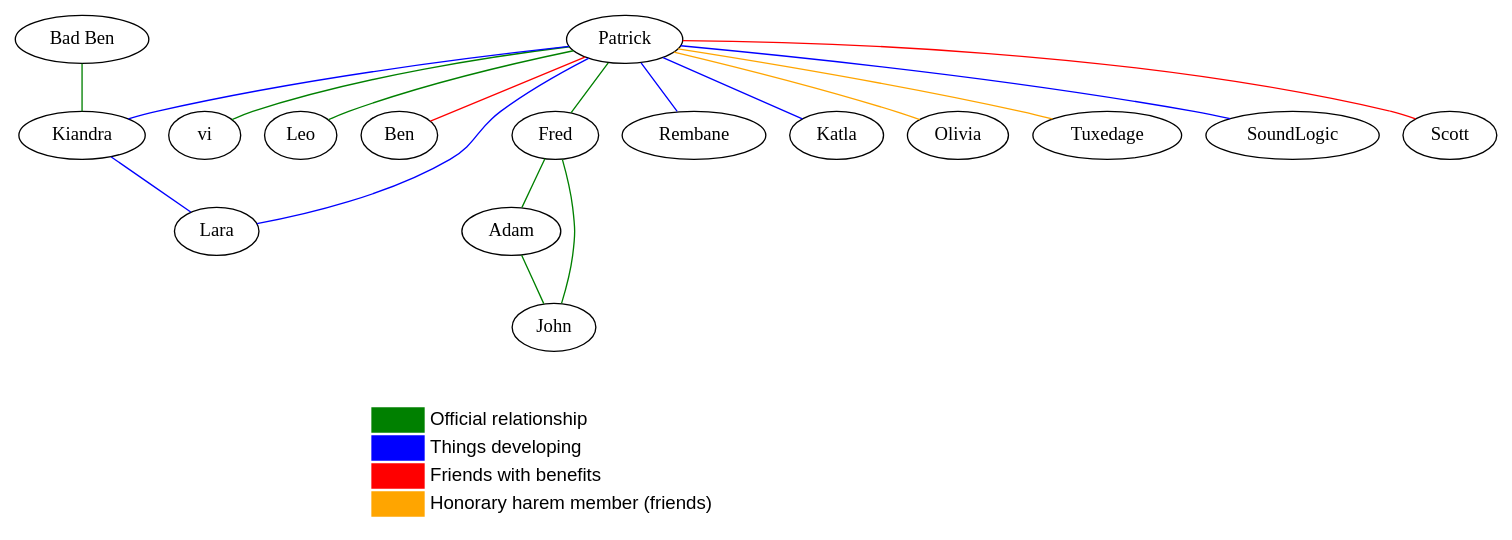
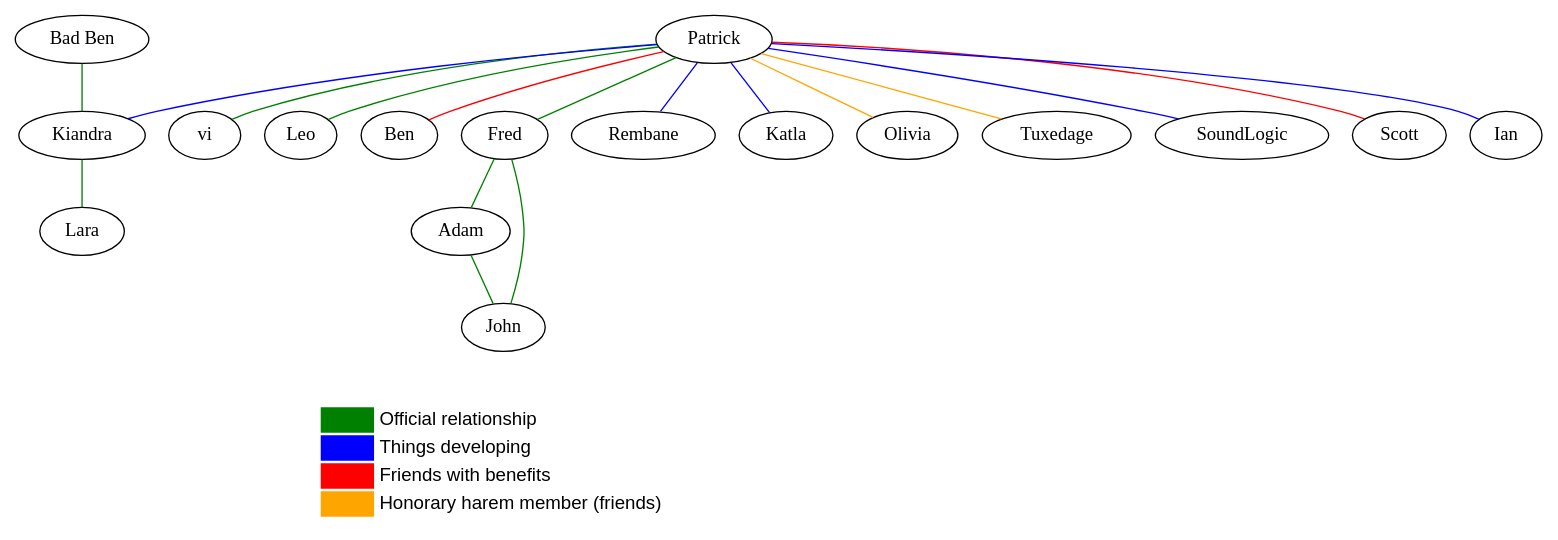
Before and after one commit to Cradam/polygraph: the diagram in src/harem.dot, drawn with Graphviz.

Commit message:
Restructured polycule

```diff
--- a/src/harem.dot
+++ b/src/harem.dot
@@ -1,56 +1,57 @@
 graph harem {
   patrick [label="Patrick"]
   vi [label="vi"]
   patrick -- vi [color=green]
   leo [label="Leo"]
   patrick -- leo [color=green]
   ben [label="Ben"]
   patrick -- ben [color=red]
   kiandra [label="Kiandra"]
   patrick -- kiandra [color=blue]
   lara [label="Lara"]
-  patrick -- lara [color=blue]
-  kiandra -- lara [color=blue]
+    kiandra -- lara [color=green]
   badben [label="Bad Ben"]
   badben -- kiandra [color=green]
   fred [label="Fred"]
   patrick -- fred [color=green]
   adam [label="Adam"]
   john [label="John"]
   fred -- john [color=green]
   fred -- adam -- john [color=green]
   rembane [label="Rembane"]
   patrick -- rembane [color=blue]
   katla [label="Katla"]
   patrick -- katla [color=blue]
   olivia [label="Olivia"]
   patrick -- olivia [color=orange]
   tuxedage [label="Tuxedage"]
   patrick -- tuxedage [color=orange]
   soundlogic [label="SoundLogic"]
   patrick -- soundlogic [color=blue]
   scott [label="Scott"]
   patrick -- scott [color=red]
+  ian [label="Ian"]
+  patrick -- ian [color=blue]
   { rank = sink;
     Legend [shape=none, label=<
       <table border="0">
         <tr>
           <td width="40px" bgcolor="green"></td>
           <td align="left"><font face="sans-serif">Official relationship</font></td>
         </tr>
         <tr>
           <td width="40px" bgcolor="blue"></td>
           <td align="left"><font face="sans-serif">Things developing</font></td>
         </tr>
         <tr>
           <td width="40px" bgcolor="red"></td>
           <td align="left"><font face="sans-serif">Friends with benefits</font></td>
         </tr>
         <tr>
           <td width="40px" bgcolor="orange"></td>
           <td align="left"><font face="sans-serif">Honorary harem member (friends)</font></td>
         </tr>
       </table>
     >];
   }
 }
```
